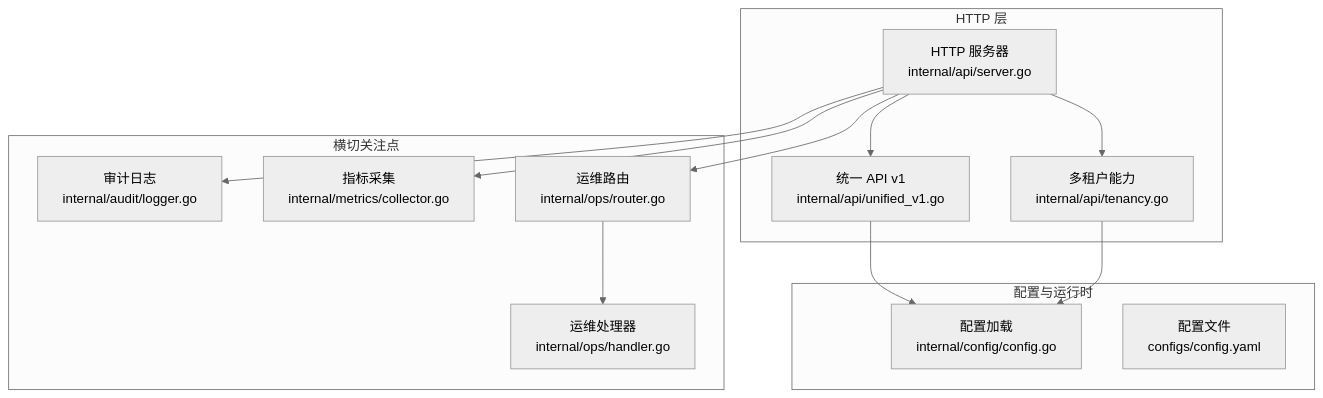
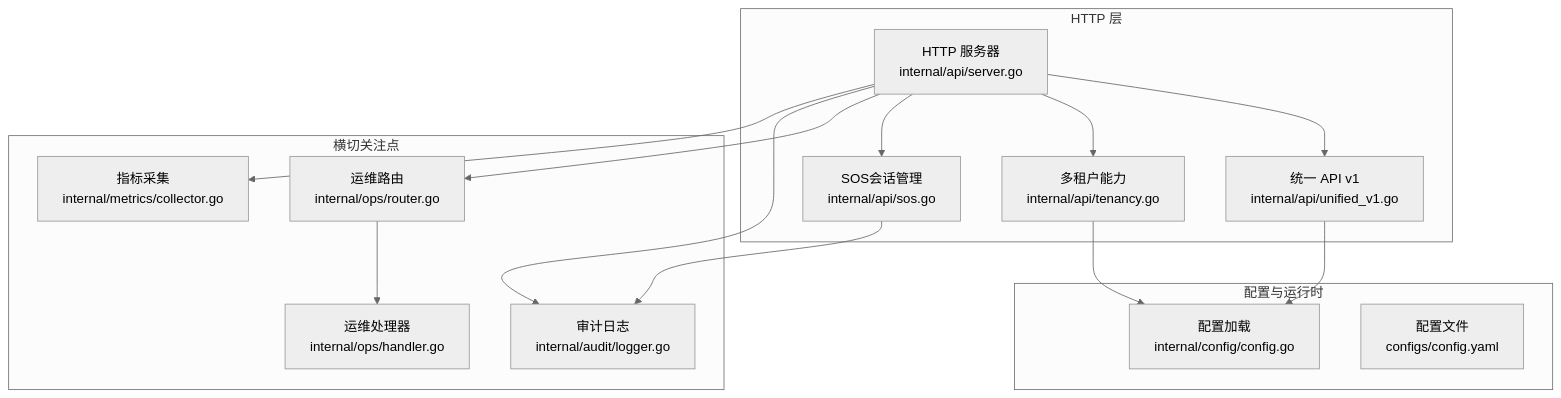
The first of 8 diagrams in .qoder/repowiki/zh/content/系统架构/API服务架构.md (kudig-io/klaw), drawn with Mermaid (neutral theme) before and after one commit. The commit also changed other lines of this file and 257 other files, not shown here.

````diff
--- a/.qoder/repowiki/zh/content/系统架构/API服务架构.md
+++ b/.qoder/repowiki/zh/content/系统架构/API服务架构.md
@@ -34,26 +43,29 @@
 ```mermaid
 graph TB
 subgraph "HTTP 层"
 Server["HTTP 服务器<br/>internal/api/server.go"]
 UnifiedV1["统一 API v1<br/>internal/api/unified_v1.go"]
 Tenancy["多租户能力<br/>internal/api/tenancy.go"]
+SOS["SOS会话管理<br/>internal/api/sos.go"]
 end
 subgraph "配置与运行时"
 Config["配置加载<br/>internal/config/config.go"]
 Yaml["配置文件<br/>configs/config.yaml"]
 end
 subgraph "横切关注点"
 Audit["审计日志<br/>internal/audit/logger.go"]
 Metrics["指标采集<br/>internal/metrics/collector.go"]
 OpsRouter["运维路由<br/>internal/ops/router.go"]
 OpsHandler["运维处理器<br/>internal/ops/handler.go"]
 end
 Server --> UnifiedV1
 Server --> Tenancy
+Server --> SOS
 Server --> OpsRouter
 UnifiedV1 --> Config
 Tenancy --> Config
+SOS --> Audit
 OpsRouter --> OpsHandler
 Server --> Audit
 Server --> Metrics
 ```
````
